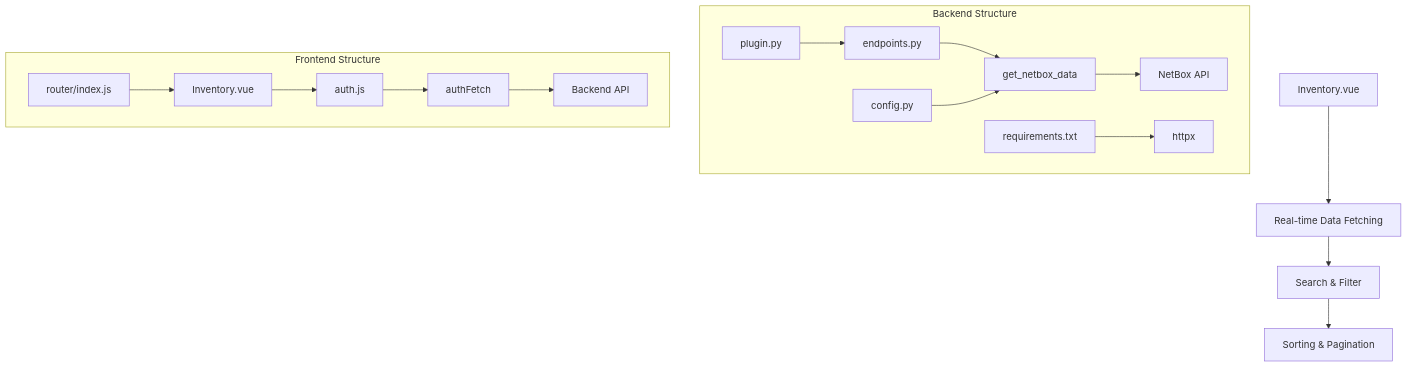
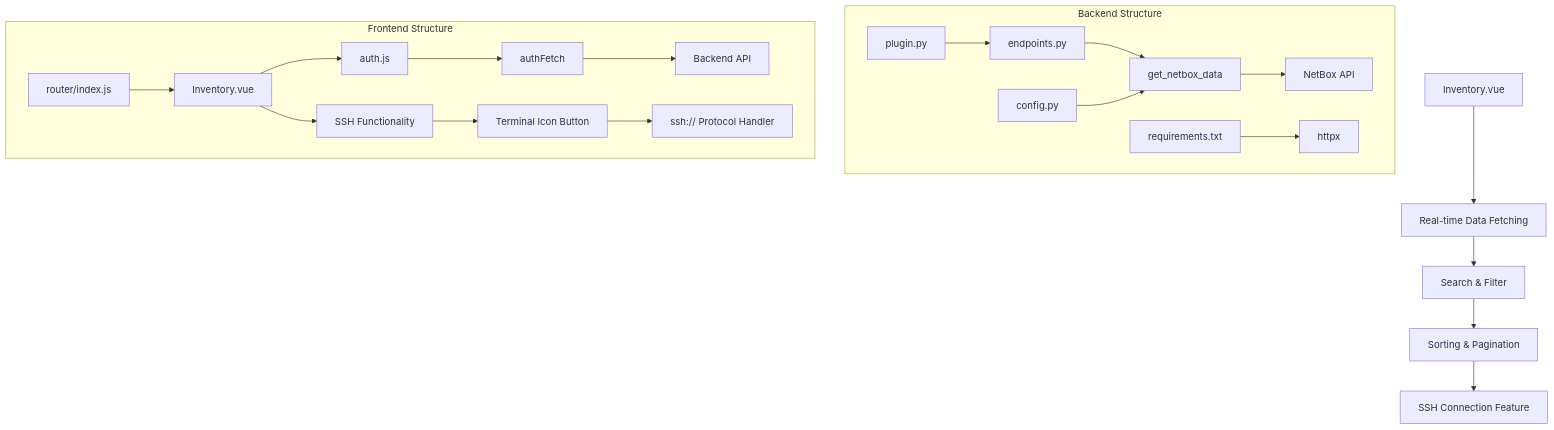
One commit to Nikita5543/New-SSO-02 changed the first of 8 diagrams in .qoder/repowiki/en/content/Built-in Plugins/Inventory Plugin.md. Above: the diagram before and after it, drawn with Mermaid. The commit also changed other lines of this file and 6 other files, not shown here.

````diff
--- a/.qoder/repowiki/en/content/Built-in Plugins/Inventory Plugin.md
+++ b/.qoder/repowiki/en/content/Built-in Plugins/Inventory Plugin.md
@@ -53,19 +55,23 @@
 ```mermaid
 graph TB
 subgraph "Backend Structure"
 A[plugin.py] --> B[endpoints.py]
 B --> C[get_netbox_data]
 C --> D[NetBox API]
 E[config.py] --> C
 F[requirements.txt] --> G[httpx]
 end
 subgraph "Frontend Structure"
 H[router/index.js] --> I[Inventory.vue]
 I --> J[auth.js]
 J --> K[authFetch]
 K --> L[Backend API]
+I --> M[SSH Functionality]
+M --> N[Terminal Icon Button]
+N --> O[ssh:// Protocol Handler]
 end
-M[Inventory.vue] --> N[Real-time Data Fetching]
-N --> O[Search & Filter]
-O --> P[Sorting & Pagination]
+P[Inventory.vue] --> Q[Real-time Data Fetching]
+Q --> R[Search & Filter]
+R --> S[Sorting & Pagination]
+S --> T[SSH Connection Feature]
 ```
````
